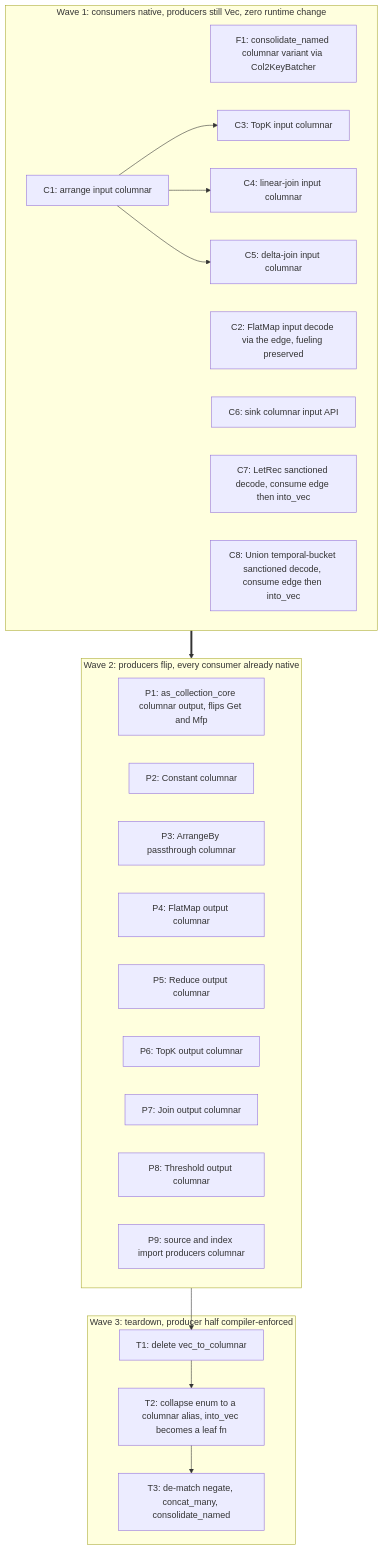
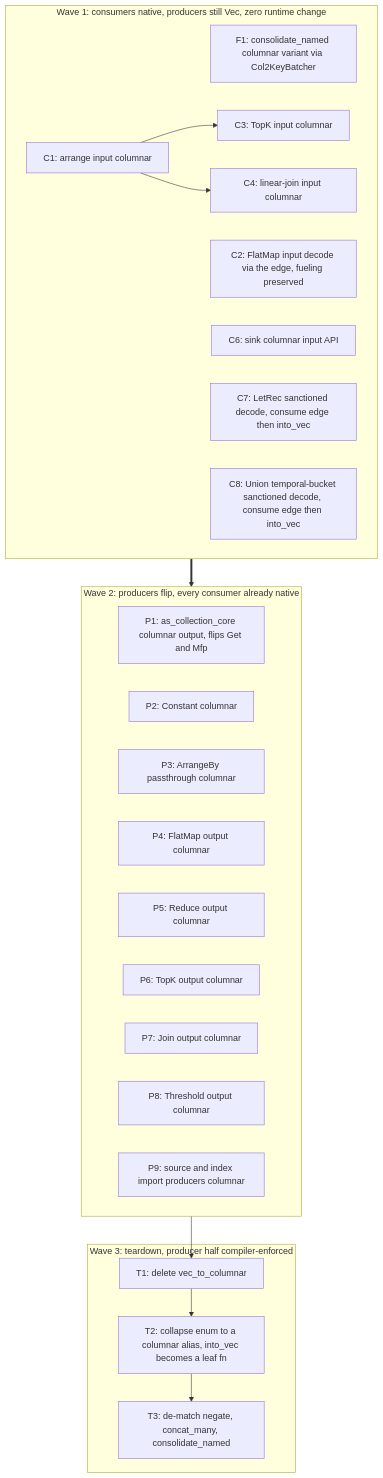
Before and after one commit to MaterializeInc/materialize: the diagram in doc/developer/design/20260720_columnar_dataflow_edges.md, drawn with Mermaid. The commit also changed other lines of this file, not shown here.

First line of the commit message:
doc: drop C5, delta-join input subsumed by C1

````diff
--- a/doc/developer/design/20260720_columnar_dataflow_edges.md
+++ b/doc/developer/design/20260720_columnar_dataflow_edges.md
@@ -143,37 +143,35 @@
 ```mermaid
 graph TD
   subgraph Wave1["Wave 1: consumers native, producers still Vec, zero runtime change"]
     F1["F1: consolidate_named columnar variant via Col2KeyBatcher"]
     C1["C1: arrange input columnar"]
     C2["C2: FlatMap input decode via the edge, fueling preserved"]
     C3["C3: TopK input columnar"]
     C4["C4: linear-join input columnar"]
-    C5["C5: delta-join input columnar"]
     C6["C6: sink columnar input API"]
     C7["C7: LetRec sanctioned decode, consume edge then into_vec"]
     C8["C8: Union temporal-bucket sanctioned decode, consume edge then into_vec"]
   end
   subgraph Wave2["Wave 2: producers flip, every consumer already native"]
     P1["P1: as_collection_core columnar output, flips Get and Mfp"]
     P2["P2: Constant columnar"]
     P3["P3: ArrangeBy passthrough columnar"]
     P4["P4: FlatMap output columnar"]
     P5["P5: Reduce output columnar"]
     P6["P6: TopK output columnar"]
     P7["P7: Join output columnar"]
     P8["P8: Threshold output columnar"]
     P9["P9: source and index import producers columnar"]
   end
   subgraph Wave3["Wave 3: teardown, producer half compiler-enforced"]
     T1["T1: delete vec_to_columnar"]
     T2["T2: collapse enum to a columnar alias, into_vec becomes a leaf fn"]
     T3["T3: de-match negate, concat_many, consolidate_named"]
   end
   C1 --> C3
   C1 --> C4
-  C1 --> C5
   Wave1 ==> Wave2
   Wave2 --> T1
   T1 --> T2
   T2 --> T3
 ```
````
